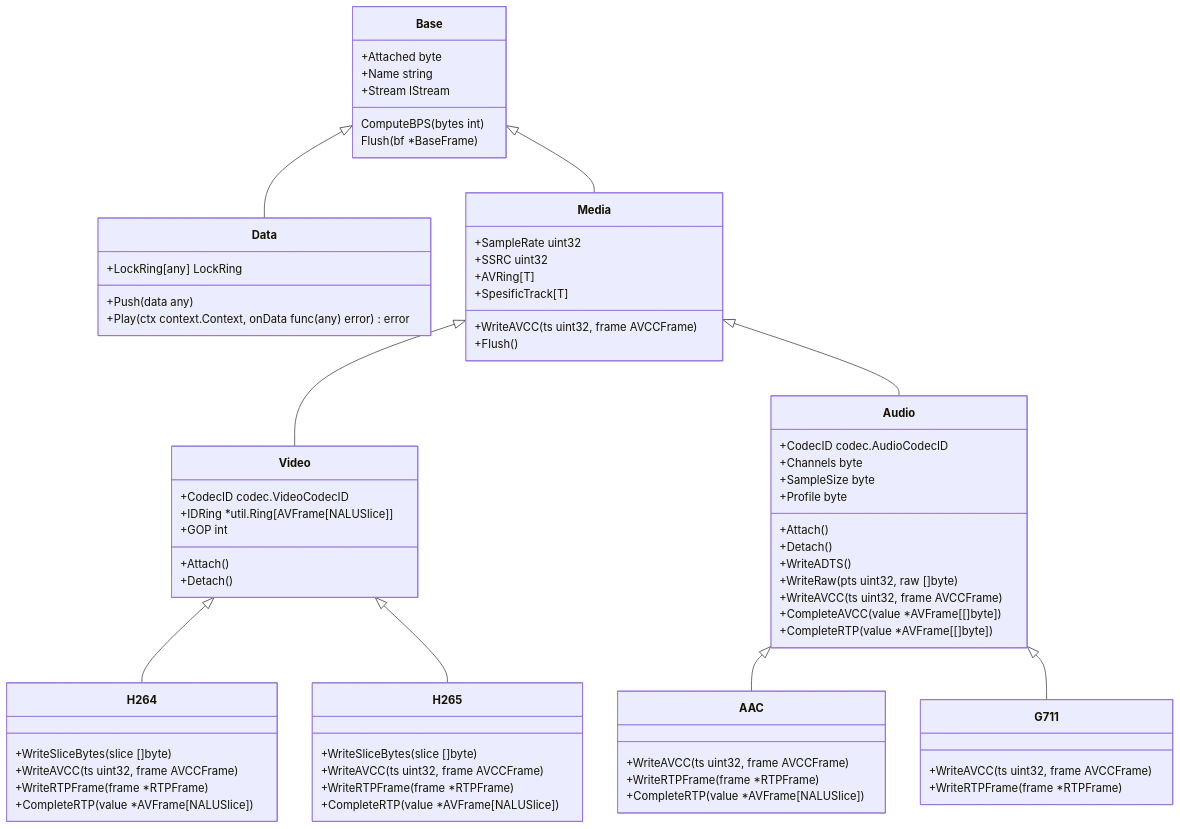
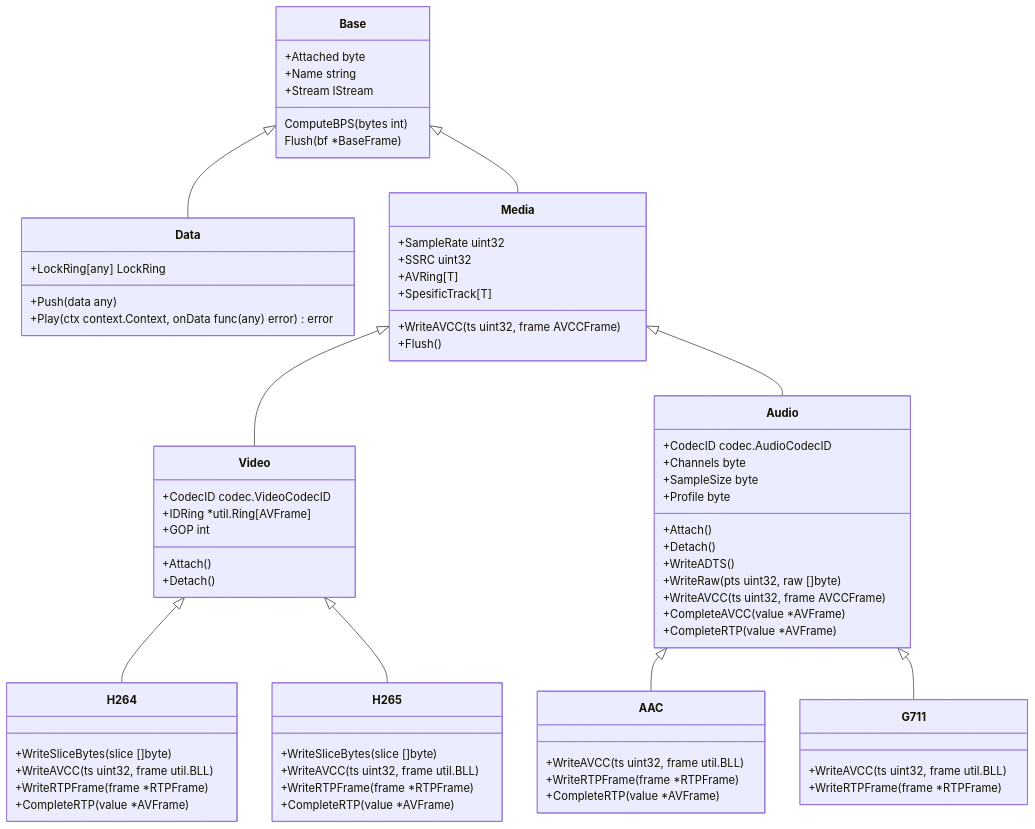
The sixth of 6 diagrams in apps/m7s-website/src/devel/publisher.md (langhuihui/m7s-website), drawn with Mermaid before and after one commit. The commit also changed other lines of this file and 16 other files, not shown here.

````diff
--- a/apps/m7s-website/src/devel/publisher.md
+++ b/apps/m7s-website/src/devel/publisher.md
@@ -227,70 +225,70 @@
 ```mermaid
 classDiagram
     Base <|-- Data
     Base <|-- Media
     Media <|-- Video
     Media <|-- Audio
     Video <|-- H264
     Video <|-- H265
     Audio <|-- AAC
     Audio <|-- G711
     Data: +LockRing[any] LockRing
     Data: +Push(data any)
     Data: +Play(ctx context.Context, onData func(any) error) error
     class Base {
       +Attached byte 
       +Name string 
       +Stream IStream 
       ComputeBPS(bytes int)
       Flush(bf *BaseFrame)
     }
     class Media {
       +SampleRate uint32 
       +SSRC uint32 
       +AVRing[T]
       +SpesificTrack[T]
       +WriteAVCC(ts uint32, frame AVCCFrame)
       +Flush()
     }
     class Video{
       +CodecID     codec.VideoCodecID
-      +IDRing      *util.Ring[AVFrame[NALUSlice]]
+      +IDRing      *util.Ring[AVFrame]
       +GOP         int 
       +Attach()
       +Detach()
     }
     class Audio{
       +CodecID    codec.AudioCodecID
 	    +Channels   byte
 	    +SampleSize byte
       +Profile byte
       +Attach()
       +Detach()
       +WriteADTS()
       +WriteRaw(pts uint32, raw []byte)
       +WriteAVCC(ts uint32, frame AVCCFrame)
-      +CompleteAVCC(value *AVFrame[[]byte])
-      +CompleteRTP(value *AVFrame[[]byte])
+      +CompleteAVCC(value *AVFrame)
+      +CompleteRTP(value *AVFrame)
     }
     class H264{
       +WriteSliceBytes(slice []byte)
-      +WriteAVCC(ts uint32, frame AVCCFrame)
+      +WriteAVCC(ts uint32, frame util.BLL)
       +WriteRTPFrame(frame *RTPFrame)
-      +CompleteRTP(value *AVFrame[NALUSlice]) 
+      +CompleteRTP(value *AVFrame) 
     }
     class H265{
       +WriteSliceBytes(slice []byte)
-      +WriteAVCC(ts uint32, frame AVCCFrame)
+      +WriteAVCC(ts uint32, frame util.BLL)
       +WriteRTPFrame(frame *RTPFrame)
-      +CompleteRTP(value *AVFrame[NALUSlice]) 
+      +CompleteRTP(value *AVFrame) 
     }
     class AAC{
-      +WriteAVCC(ts uint32, frame AVCCFrame)
+      +WriteAVCC(ts uint32, frame util.BLL)
       +WriteRTPFrame(frame *RTPFrame)
-      +CompleteRTP(value *AVFrame[NALUSlice]) 
+      +CompleteRTP(value *AVFrame) 
     }
     class G711{
-      +WriteAVCC(ts uint32, frame AVCCFrame)
+      +WriteAVCC(ts uint32, frame util.BLL)
       +WriteRTPFrame(frame *RTPFrame)
     }
 ```
````
